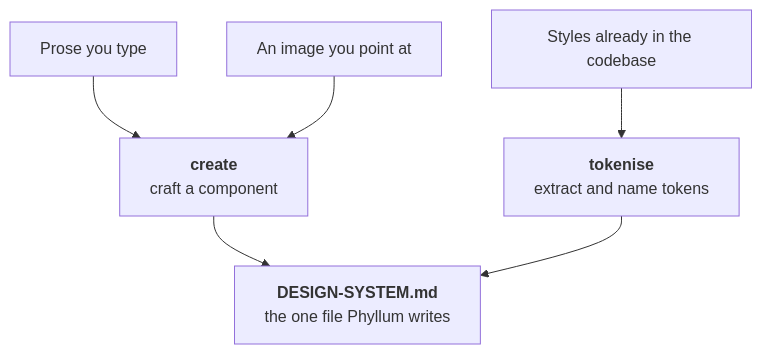
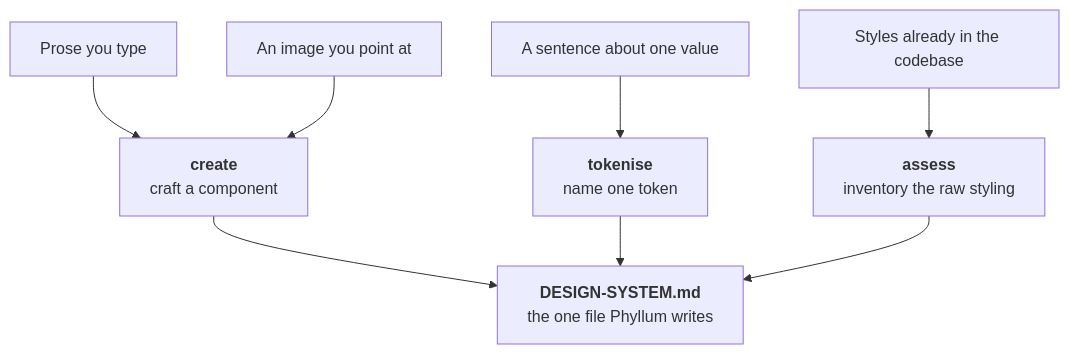
One commit to ndisisnd/phyllum changed the diagram in README.md. Above: the diagram before and after it, drawn with Mermaid. The commit also changed other lines of this file and 29 other files, not shown here.

````diff
--- a/README.md
+++ b/README.md
@@ -96,9 +100,11 @@
 ```mermaid
 flowchart TD
   prose["Prose you type"] --> create
   image["An image you point at"] --> create
-  code["Styles already in the codebase"] --> tokenise
+  sentence["A sentence about one value"] --> tokenise
+  code["Styles already in the codebase"] --> assess
   create["<b>create</b><br/>craft a component"] --> file
-  tokenise["<b>tokenise</b><br/>extract and name tokens"] --> file
+  tokenise["<b>tokenise</b><br/>name one token"] --> file
+  assess["<b>assess</b><br/>inventory the raw styling"] --> file
   file["<b>DESIGN-SYSTEM.md</b><br/>the one file Phyllum writes"]
 ```
````
